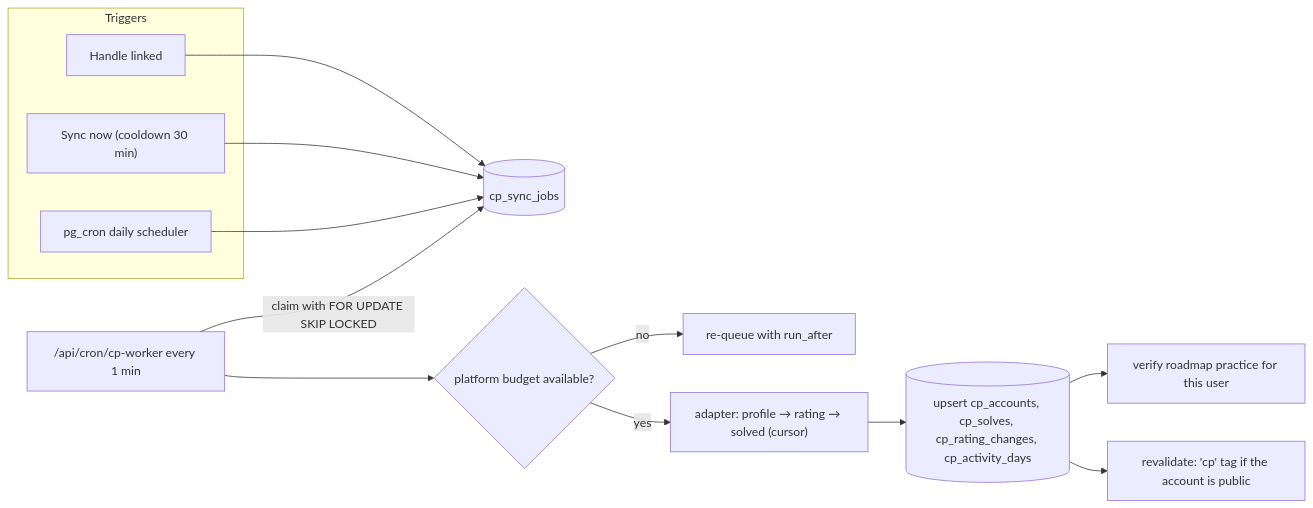
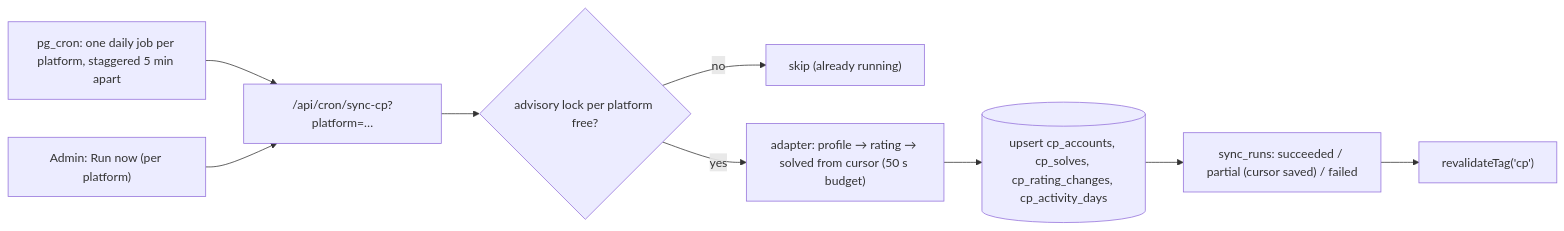
The diagram in docs/20-cp-multi-platform-tracking.md (eyasir329/portfolio), drawn with Mermaid before and after one commit. The commit also changed other lines of this file and 24 other files, not shown here.

````diff
--- a/docs/20-cp-multi-platform-tracking.md
+++ b/docs/20-cp-multi-platform-tracking.md
@@ -103,16 +98,11 @@
 ```mermaid
 flowchart LR
-  subgraph Triggers
-    A["Handle linked"]
-    B["Sync now (cooldown 30 min)"]
-    C["pg_cron daily scheduler"]
-  end
-  A & B & C --> Q[("cp_sync_jobs")]
-  W["/api/cron/cp-worker every 1 min"] -->|"claim with FOR UPDATE SKIP LOCKED"| Q
-  W --> BUD{"platform budget available?"}
-  BUD -- no --> RQ["re-queue with run_after"]
-  BUD -- yes --> AD["adapter: profile → rating → solved (cursor)"]
-  AD --> UP[("upsert cp_accounts, cp_solves, cp_rating_changes, cp_activity_days")]
-  UP --> VER["verify roadmap practice for this user"]
-  UP --> INV["revalidate: 'cp' tag if the account is public"]
+  C["pg_cron: one daily job per platform, staggered 5 min apart"] --> R["/api/cron/sync-cp?platform=…"]
+  M["Admin: Run now (per platform)"] --> R
+  R --> L{"advisory lock per platform free?"}
+  L -- no --> X["skip (already running)"]
+  L -- yes --> A["adapter: profile → rating → solved from cursor (50 s budget)"]
+  A --> U[("upsert cp_accounts, cp_solves, cp_rating_changes, cp_activity_days")]
+  U --> S["sync_runs: succeeded / partial (cursor saved) / failed"]
+  S --> V["revalidateTag('cp')"]
 ```
````
